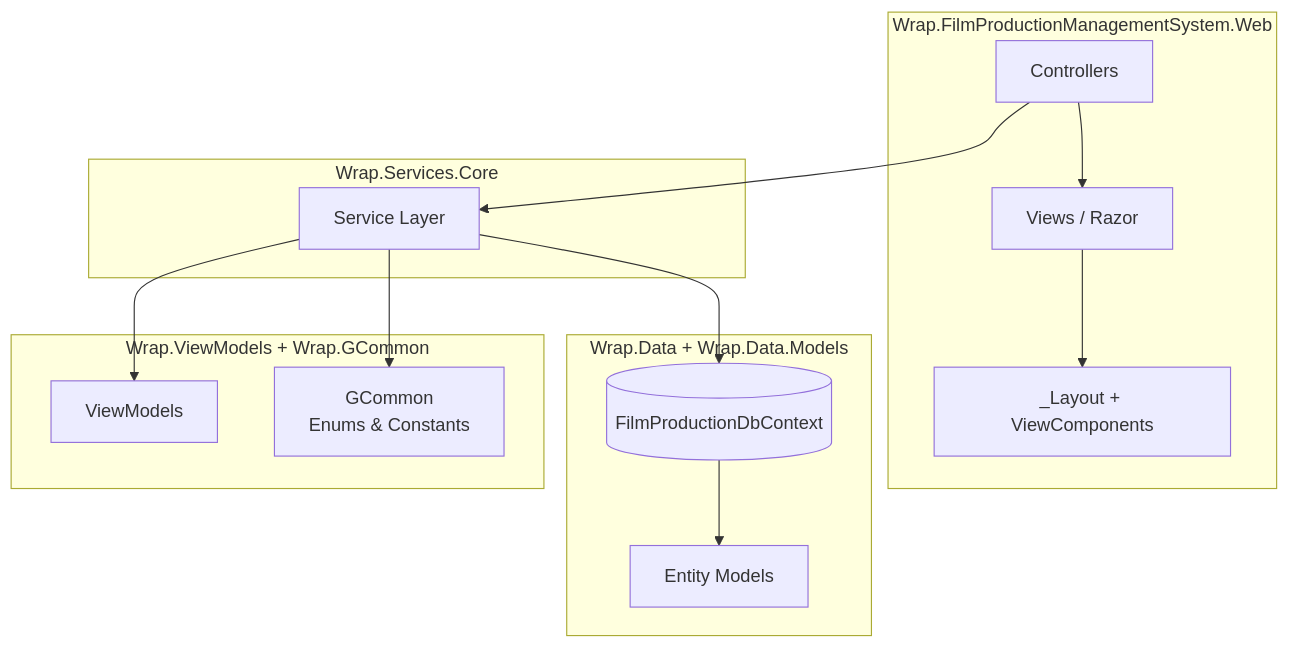
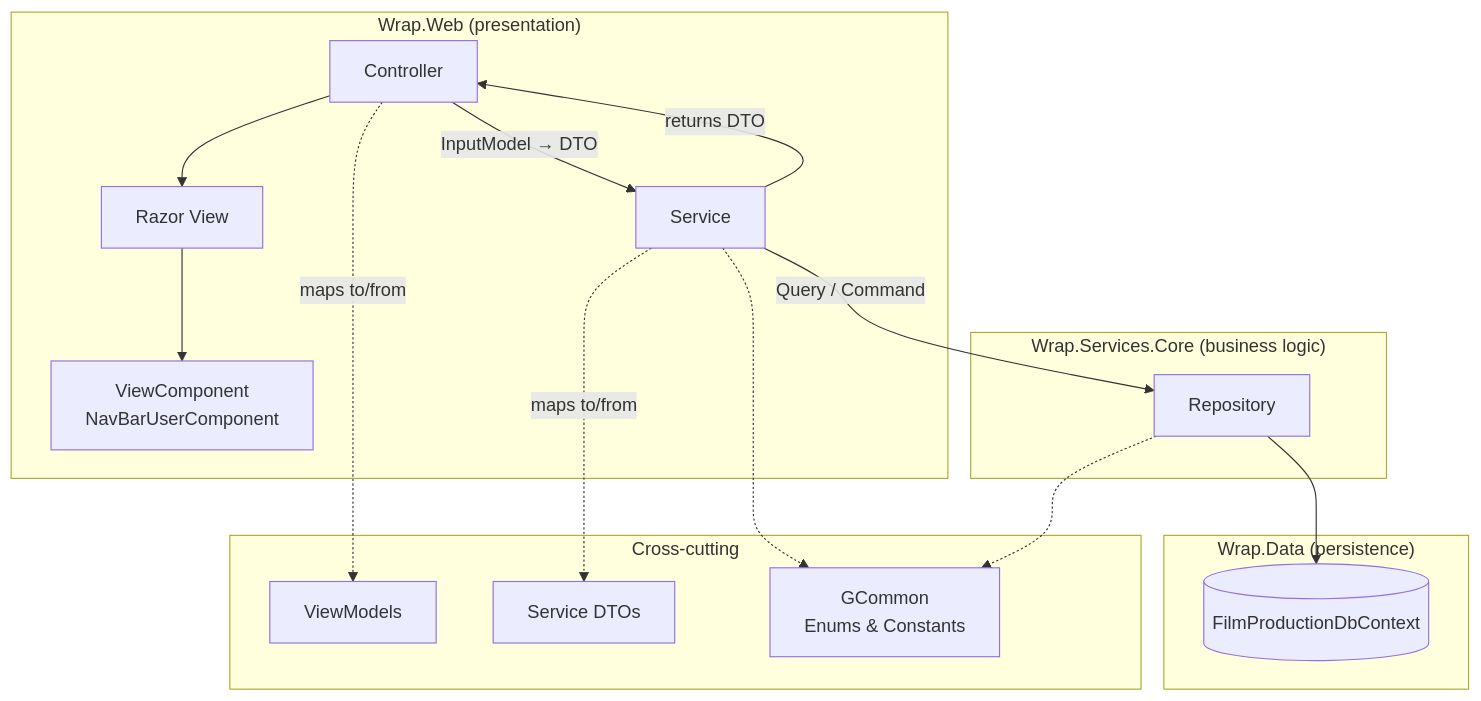
One commit to krasimirnyv/Wrap-FilmProductionManagementSystem-ASP.NET-Project changed the first of 4 diagrams in README.md. Above: the diagram before and after it, drawn with Mermaid. The commit also changed other lines of this file, not shown here.

````diff
--- a/README.md
+++ b/README.md
@@ -71,25 +120,28 @@
 ```mermaid
 flowchart TB
-  subgraph Web["Wrap.FilmProductionManagementSystem.Web"]
-    C[Controllers] --> V[Views / Razor]
-    V --> L[_Layout + ViewComponents]
+  subgraph Web["Wrap.Web  (presentation)"]
+    C[Controller] -->|"InputModel → DTO"| Svc
+    C --> V[Razor View]
+    V --> VC[ViewComponent\nNavBarUserComponent]
   end
 
-  subgraph Services["Wrap.Services.Core"]
-    Svc[Service Layer]
+  subgraph Services["Wrap.Services.Core  (business logic)"]
+    Svc[Service] -->|"Query / Command"| Repo
+    Svc -->|"returns DTO"| C
   end
 
-  subgraph Data["Wrap.Data + Wrap.Data.Models"]
-    Db[(FilmProductionDbContext)]
-    Entities[Entity Models]
+  subgraph Data["Wrap.Data  (persistence)"]
+    Repo[Repository] --> DB[(FilmProductionDbContext)]
   end
 
-  subgraph Shared["Wrap.ViewModels + Wrap.GCommon"]
+  subgraph Cross["Cross-cutting"]
     VM[ViewModels]
-    GC[GCommon<br/>Enums & Constants]
+    DTOs[Service DTOs]
+    GC[GCommon\nEnums & Constants]
   end
 
-  C --> Svc --> Db --> Entities
-  Svc --> VM
-  Svc --> GC
+  C -.->|"maps to/from"| VM
+  Svc -.->|"maps to/from"| DTOs
+  Svc -.-> GC
+  Repo -.-> GC
 ```
````
